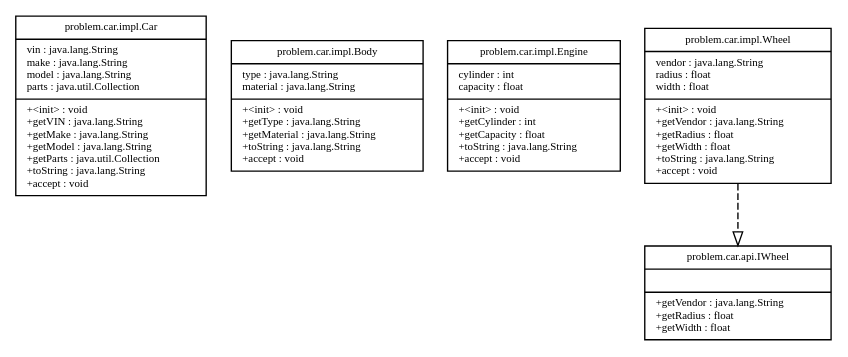
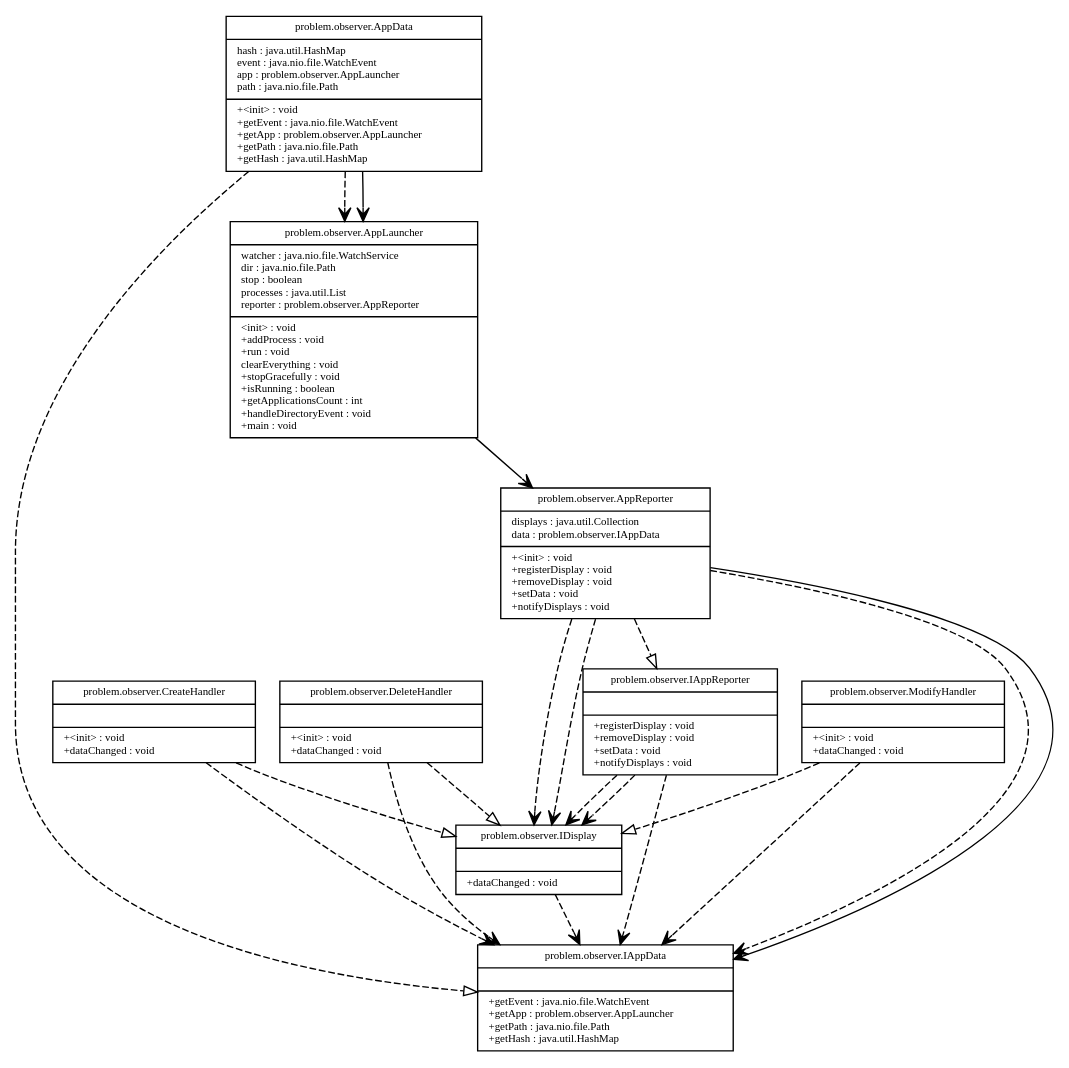
One commit to schnip/BluePizzaDiagrams changed the diagram in dot/out.dot. Above: the diagram before and after it, drawn with Graphviz. The commit also changed 4 other files, not shown here.

```diff
--- a/dot/out.dot
+++ b/dot/out.dot
@@ -1,33 +1,63 @@
 digraph G {
 fontname = "Bitstream Vera Sans"
 fontsize = 8
 node [
 fontname = "Bitstream Vera Sans"
 fontsize = 8
 shape = "record"
 ]
 edge [
 fontname = "Bitstream Vera Sans"
 fontsize = 8
 ]
-problemcarimplCar [
-label = "{problem.car.impl.Car|vin : java.lang.String\lmake : java.lang.String\lmodel : java.lang.String\lparts : java.util.Collection\l|+\<init\> : void\l+getVIN : java.lang.String\l+getMake : java.lang.String\l+getModel : java.lang.String\l+getParts : java.util.Collection\l+toString : java.lang.String\l+accept : void\l}"
+problemobserverAppData [
+label = "{problem.observer.AppData|hash : java.util.HashMap\levent : java.nio.file.WatchEvent\lapp : problem.observer.AppLauncher\lpath : java.nio.file.Path\l|+\<init\> : void\l+getEvent : java.nio.file.WatchEvent\l+getApp : problem.observer.AppLauncher\l+getPath : java.nio.file.Path\l+getHash : java.util.HashMap\l}"
 ]
-problemcarimplBody [
-label = "{problem.car.impl.Body|type : java.lang.String\lmaterial : java.lang.String\l|+\<init\> : void\l+getType : java.lang.String\l+getMaterial : java.lang.String\l+toString : java.lang.String\l+accept : void\l}"
+problemobserverAppLauncher [
+label = "{problem.observer.AppLauncher|watcher : java.nio.file.WatchService\ldir : java.nio.file.Path\lstop : boolean\lprocesses : java.util.List\lreporter : problem.observer.AppReporter\l|\<init\> : void\l+addProcess : void\l+run : void\lclearEverything : void\l+stopGracefully : void\l+isRunning : boolean\l+getApplicationsCount : int\l+handleDirectoryEvent : void\l+main : void\l}"
 ]
-problemcarimplEngine [
-label = "{problem.car.impl.Engine|cylinder : int\lcapacity : float\l|+\<init\> : void\l+getCylinder : int\l+getCapacity : float\l+toString : java.lang.String\l+accept : void\l}"
+problemobserverAppReporter [
+label = "{problem.observer.AppReporter|displays : java.util.Collection\ldata : problem.observer.IAppData\l|+\<init\> : void\l+registerDisplay : void\l+removeDisplay : void\l+setData : void\l+notifyDisplays : void\l}"
 ]
-problemcarimplWheel [
-label = "{problem.car.impl.Wheel|vendor : java.lang.String\lradius : float\lwidth : float\l|+\<init\> : void\l+getVendor : java.lang.String\l+getRadius : float\l+getWidth : float\l+toString : java.lang.String\l+accept : void\l}"
+problemobserverCreateHandler [
+label = "{problem.observer.CreateHandler||+\<init\> : void\l+dataChanged : void\l}"
 ]
-problemcarapiIWheel [
-label = "{problem.car.api.IWheel||+getVendor : java.lang.String\l+getRadius : float\l+getWidth : float\l}"
+problemobserverDeleteHandler [
+label = "{problem.observer.DeleteHandler||+\<init\> : void\l+dataChanged : void\l}"
 ]
-edge [ arrowhead = "empty" ]
+problemobserverIAppData [
+label = "{problem.observer.IAppData||+getEvent : java.nio.file.WatchEvent\l+getApp : problem.observer.AppLauncher\l+getPath : java.nio.file.Path\l+getHash : java.util.HashMap\l}"
+]
+problemobserverIAppReporter [
+label = "{problem.observer.IAppReporter||+registerDisplay : void\l+removeDisplay : void\l+setData : void\l+notifyDisplays : void\l}"
+]
+problemobserverIDisplay [
+label = "{problem.observer.IDisplay||+dataChanged : void\l}"
+]
+problemobserverModifyHandler [
+label = "{problem.observer.ModifyHandler||+\<init\> : void\l+dataChanged : void\l}"
+]
+edge [ arrowhead = "empty", style = "none" ]
 edge [ arrowhead = "empty", style = "dashed" ]
-problemcarimplWheel -> problemcarapiIWheel
+problemobserverAppData -> problemobserverIAppData
+problemobserverAppReporter -> problemobserverIAppReporter
+problemobserverCreateHandler -> problemobserverIDisplay
+problemobserverDeleteHandler -> problemobserverIDisplay
+problemobserverModifyHandler -> problemobserverIDisplay
 edge [ arrowhead = "vee", style = "dashed" ]
-edge [ arrowhead = "vee" ]
+problemobserverAppData -> problemobserverAppLauncher
+problemobserverAppReporter -> problemobserverIDisplay
+problemobserverAppReporter -> problemobserverIDisplay
+problemobserverAppReporter -> problemobserverIAppData
+problemobserverCreateHandler -> problemobserverIAppData
+problemobserverDeleteHandler -> problemobserverIAppData
+problemobserverIAppReporter -> problemobserverIDisplay
+problemobserverIAppReporter -> problemobserverIDisplay
+problemobserverIAppReporter -> problemobserverIAppData
+problemobserverIDisplay -> problemobserverIAppData
+problemobserverModifyHandler -> problemobserverIAppData
+edge [ arrowhead = "vee", style = "none" ]
+problemobserverAppData -> problemobserverAppLauncher
+problemobserverAppLauncher -> problemobserverAppReporter
+problemobserverAppReporter -> problemobserverIAppData
 }
```
